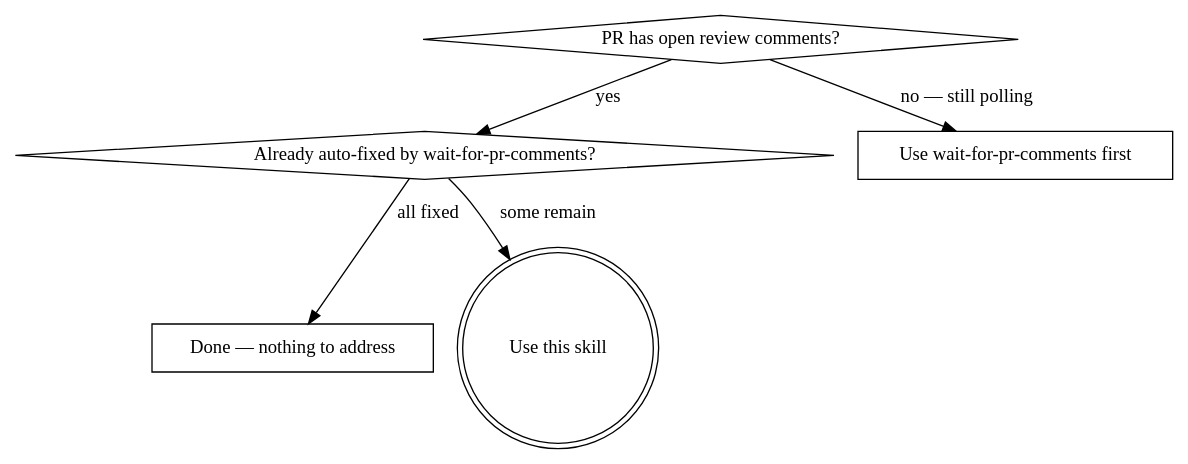
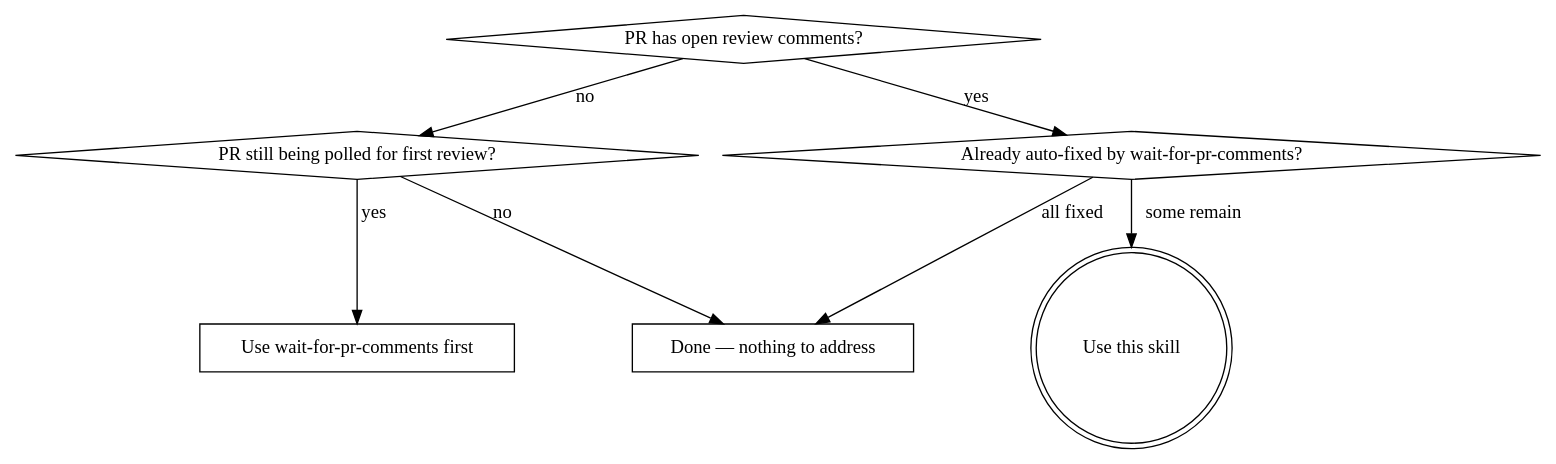
Before and after one commit to scotthamilton77/agents-config: the diagram in src/user/.agents/skills/resolve-pr-comments/SKILL.md, drawn with Graphviz. The commit also changed other lines of this file and 1 other file, not shown here.

First line of the commit message:
fix(skills): address Copilot review on resolve-pr-comments (PR #9)

````diff
--- a/src/user/.agents/skills/resolve-pr-comments/SKILL.md
+++ b/src/user/.agents/skills/resolve-pr-comments/SKILL.md
@@ -20,14 +20,17 @@
 ```dot
 digraph when_to_use {
     "PR has open review comments?" [shape=diamond];
+    "PR still being polled for first review?" [shape=diamond];
     "Already auto-fixed by wait-for-pr-comments?" [shape=diamond];
     "Done — nothing to address" [shape=box];
     "Use this skill" [shape=doublecircle];
     "Use wait-for-pr-comments first" [shape=box];
 
     "PR has open review comments?" -> "Already auto-fixed by wait-for-pr-comments?" [label="yes"];
-    "PR has open review comments?" -> "Use wait-for-pr-comments first" [label="no — still polling"];
+    "PR has open review comments?" -> "PR still being polled for first review?" [label="no"];
+    "PR still being polled for first review?" -> "Use wait-for-pr-comments first" [label="yes"];
+    "PR still being polled for first review?" -> "Done — nothing to address" [label="no"];
     "Already auto-fixed by wait-for-pr-comments?" -> "Done — nothing to address" [label="all fixed"];
     "Already auto-fixed by wait-for-pr-comments?" -> "Use this skill" [label="some remain"];
 }
 ```
````
